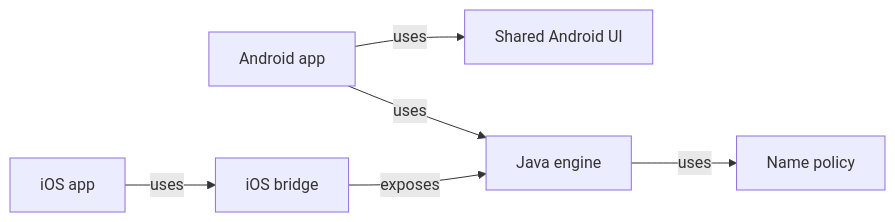
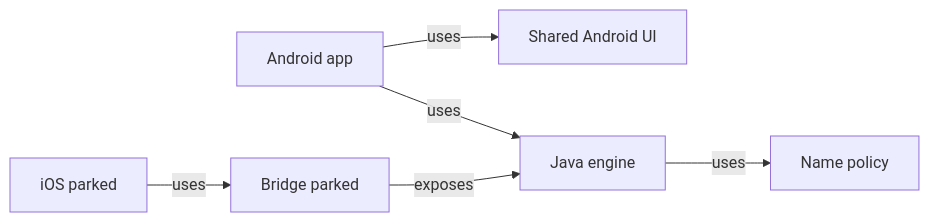
The second of 2 diagrams in README.md (crististefanita/whist), drawn with Mermaid before and after one commit. The commit also changed other lines of this file and 1 other file, not shown here.

````diff
--- a/README.md
+++ b/README.md
@@ -51,14 +54,14 @@
 ```mermaid
 flowchart LR
     app[Android app]
     atf_card_table_ui[Shared Android UI]
-    ios[iOS app]
-    ios_bridge[iOS bridge]
+    ios[iOS parked]
+    ios_bridge[Bridge parked]
     game_core[Java engine]
     card_table_names[Name policy]
     app -->|uses| atf_card_table_ui
     app -->|uses| game_core
     ios -->|uses| ios_bridge
     ios_bridge -->|exposes| game_core
     game_core -->|uses| card_table_names
 ```
````
